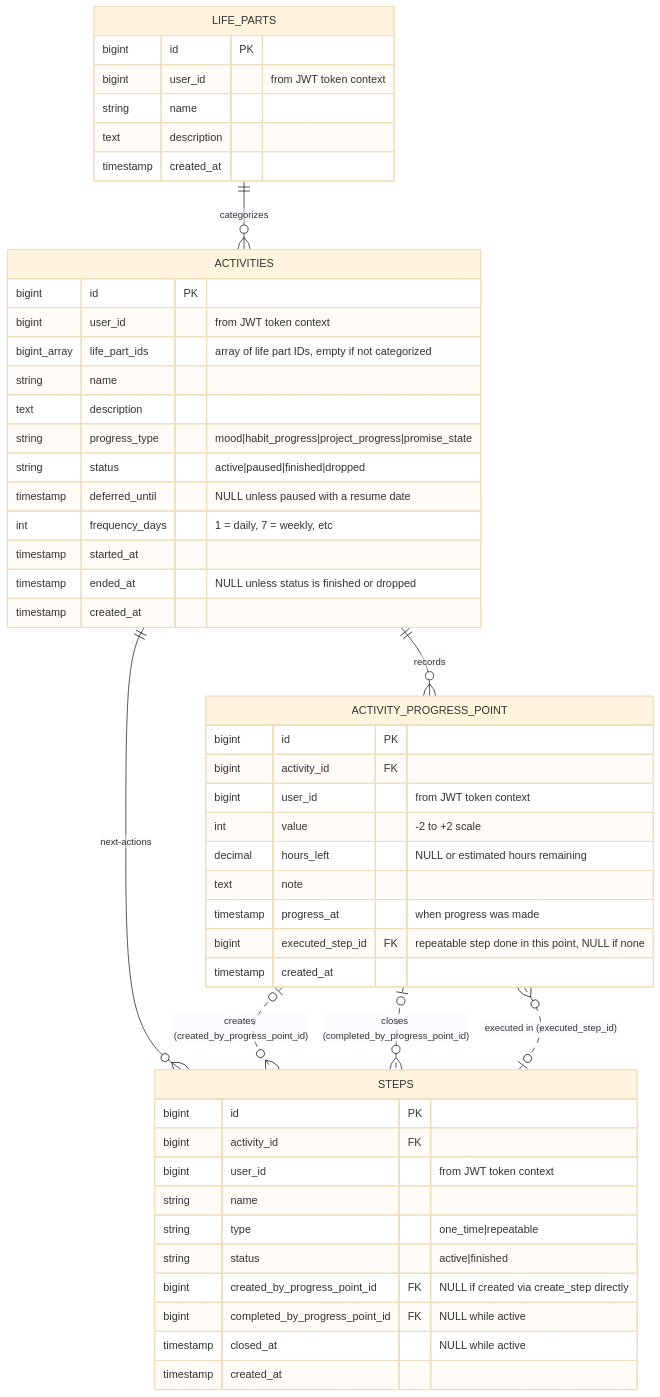
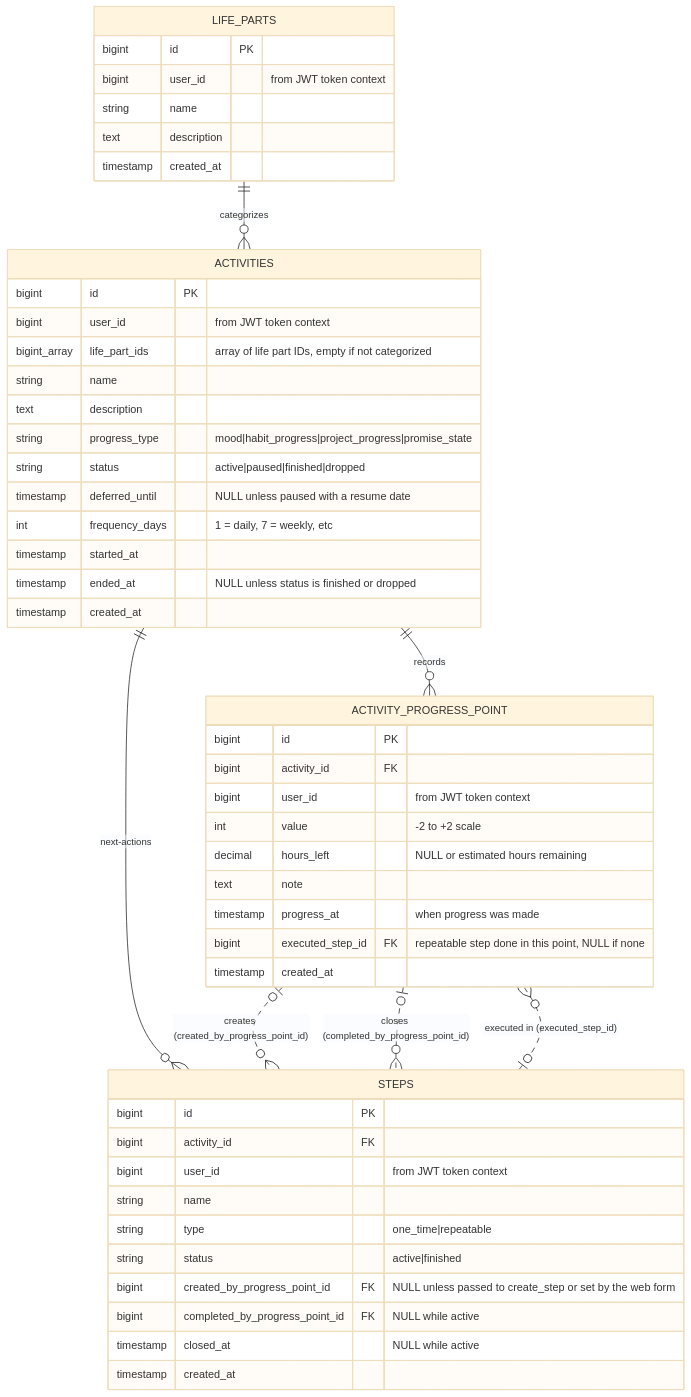
Before and after one commit to rusinikita/personal: the first of 4 diagrams in docs/functions/progress-spec.md, drawn with Mermaid (base theme). The commit also changed other lines of this file and 23 other files, not shown here.

````diff
--- a/docs/functions/progress-spec.md
+++ b/docs/functions/progress-spec.md
@@ -58,57 +58,57 @@
 ```mermaid
 erDiagram
     LIFE_PARTS ||--o{ ACTIVITIES : categorizes
     ACTIVITIES ||--o{ ACTIVITY_PROGRESS_POINT : records
     ACTIVITIES ||--o{ STEPS : "next-actions"
     ACTIVITY_PROGRESS_POINT |o..o{ STEPS : "creates (created_by_progress_point_id)"
     ACTIVITY_PROGRESS_POINT |o..o{ STEPS : "closes (completed_by_progress_point_id)"
     STEPS |o..o{ ACTIVITY_PROGRESS_POINT : "executed in (executed_step_id)"
 
     LIFE_PARTS {
         bigint id PK
         bigint user_id "from JWT token context"
         string name
         text description
         timestamp created_at
     }
 
     ACTIVITIES {
         bigint id PK
         bigint user_id "from JWT token context"
         bigint_array life_part_ids "array of life part IDs, empty if not categorized"
         string name
         text description
         string progress_type "mood|habit_progress|project_progress|promise_state"
         string status "active|paused|finished|dropped"
         timestamp deferred_until "NULL unless paused with a resume date"
         int frequency_days "1 = daily, 7 = weekly, etc"
         timestamp started_at
         timestamp ended_at "NULL unless status is finished or dropped"
         timestamp created_at
     }
 
     ACTIVITY_PROGRESS_POINT {
         bigint id PK
         bigint activity_id FK
         bigint user_id "from JWT token context"
         int value "-2 to +2 scale"
         decimal hours_left "NULL or estimated hours remaining"
         text note
         timestamp progress_at "when progress was made"
         bigint executed_step_id FK "repeatable step done in this point, NULL if none"
         timestamp created_at
     }
 
     STEPS {
         bigint id PK
         bigint activity_id FK
         bigint user_id "from JWT token context"
         string name
         string type "one_time|repeatable"
         string status "active|finished"
-        bigint created_by_progress_point_id FK "NULL if created via create_step directly"
+        bigint created_by_progress_point_id FK "NULL unless passed to create_step or set by the web form"
         bigint completed_by_progress_point_id FK "NULL while active"
         timestamp closed_at "NULL while active"
         timestamp created_at
     }
 ```
````
